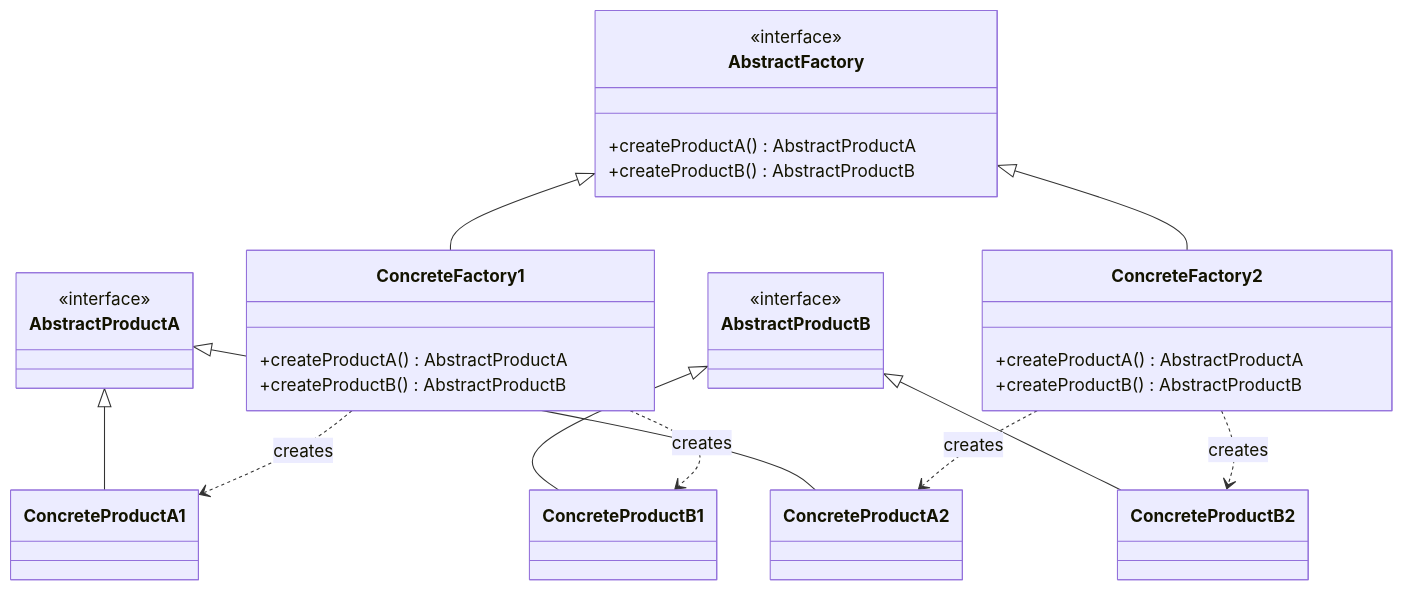
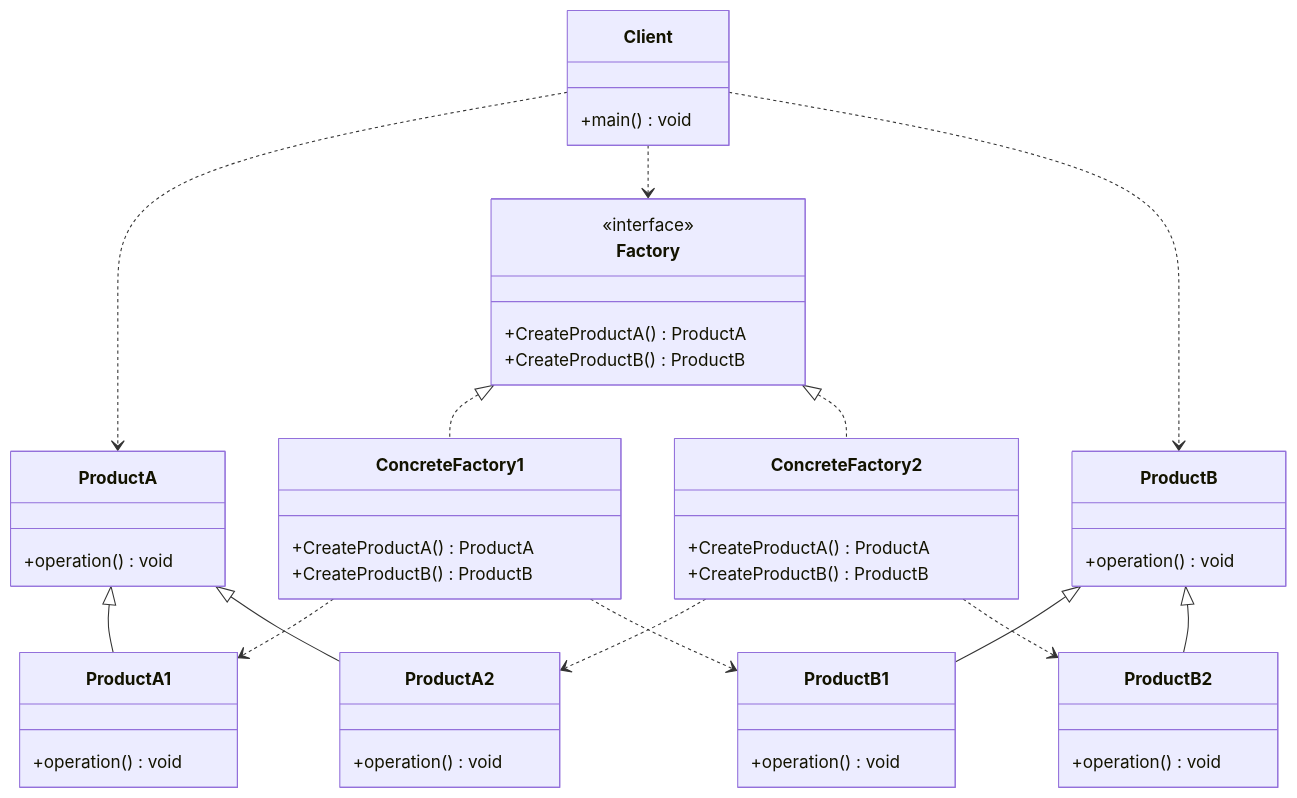
The fourth of 4 diagrams in 计算机科学/面向对象设计与Java编程/9 设计模式/9-3 创建型模式.md (InfiniteAstral/notes), drawn with Mermaid before and after one commit. The commit also changed other lines of this file and 1 other file, not shown here.

Commit message:
feat: update mermaid class diagram 计算机科学/面向对象设计与Java编程/9 设计模式/9-3 创建型模式.md

````diff
--- a/计算机科学/面向对象设计与Java编程/9 设计模式/9-3 创建型模式.md
+++ b/计算机科学/面向对象设计与Java编程/9 设计模式/9-3 创建型模式.md
@@ -370,40 +386,57 @@
 ```mermaid
 classDiagram
-    class AbstractProductA {
-        <<interface>>
-    }
-    class ConcreteProductA1
-    class ConcreteProductA2
-    AbstractProductA <|-- ConcreteProductA1
-    AbstractProductA <|-- ConcreteProductA2
+  direction TB
+  class Client {
+    +main() void
+  }
+  class Factory {
+    <<interface>>
+    +CreateProductA() ProductA
+    +CreateProductB() ProductB
+  }
+  class ConcreteFactory1 {
+    +CreateProductA() ProductA
+    +CreateProductB() ProductB
+  }
+  class ConcreteFactory2 {
+    +CreateProductA() ProductA
+    +CreateProductB() ProductB
+  }
+  class ProductA {
+    +operation() void
+  }
+  class ProductB {
+    +operation() void
+  }
+  class ProductA1 {
+    +operation() void
+  }
+  class ProductA2 {
+    +operation() void
+  }
+  class ProductB1 {
+    +operation() void
+  }
+  class ProductB2 {
+    +operation() void
+  }
 
-    class AbstractProductB {
-        <<interface>>
-    }
-    class ConcreteProductB1
-    class ConcreteProductB2
-    AbstractProductB <|-- ConcreteProductB1
-    AbstractProductB <|-- ConcreteProductB2
+  Client ..> ProductA
+  Client ..> Factory
+  Client ..> ProductB
 
-    class AbstractFactory {
-        <<interface>>
-        +createProductA() AbstractProductA
-        +createProductB() AbstractProductB
-    }
-    class ConcreteFactory1 {
-        +createProductA() AbstractProductA
-        +createProductB() AbstractProductB
-    }
-    class ConcreteFactory2 {
-        +createProductA() AbstractProductA
-        +createProductB() AbstractProductB
-    }
+  ProductA <|-- ProductA1
+  ProductA <|-- ProductA2
 
-    AbstractFactory <|-- ConcreteFactory1
-    AbstractFactory <|-- ConcreteFactory2
+  Factory <|.. ConcreteFactory1
+  Factory <|.. ConcreteFactory2
 
-    ConcreteFactory1 ..> ConcreteProductA1 : creates
-    ConcreteFactory1 ..> ConcreteProductB1 : creates
-    ConcreteFactory2 ..> ConcreteProductA2 : creates
-    ConcreteFactory2 ..> ConcreteProductB2 : creates
+  ProductB <|-- ProductB1
+  ProductB <|-- ProductB2
+
+  ConcreteFactory1 ..> ProductA1
+  ConcreteFactory1 ..> ProductB1
+
+  ConcreteFactory2 ..> ProductA2
+  ConcreteFactory2 ..> ProductB2
 ```
````
